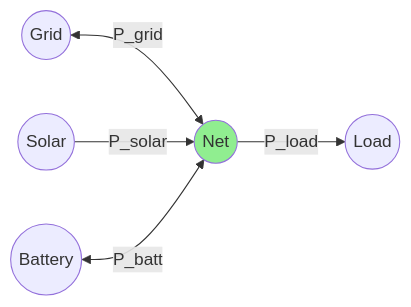
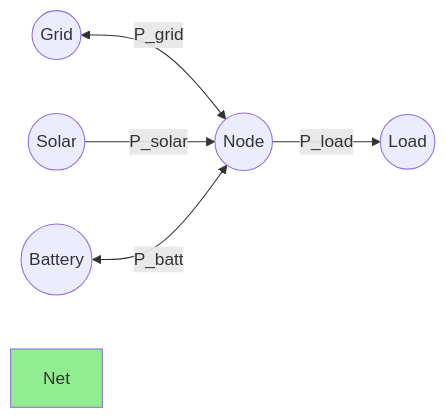
Before and after one commit to hass-energy/haeo: the first of 2 diagrams in docs/modeling/index.md, drawn with Mermaid. The commit also changed other lines of this file and 54 other files, not shown here.

````diff
--- a/docs/modeling/index.md
+++ b/docs/modeling/index.md
@@ -89,9 +89,9 @@
 ```mermaid
 graph LR
-    Grid((Grid)) <-->|P_grid| Net((Net))
-    Solar((Solar)) -->|P_solar| Net
-    Battery((Battery)) <-->|P_batt| Net
-    Net -->|P_load| Load((Load))
+    Grid((Grid)) <-->|P_grid| Node((Node))
+    Solar((Solar)) -->|P_solar| Node
+    Battery((Battery)) <-->|P_batt| Node
+    Node -->|P_load| Load((Load))
 
     style Net fill:#90EE90
 ```
````
